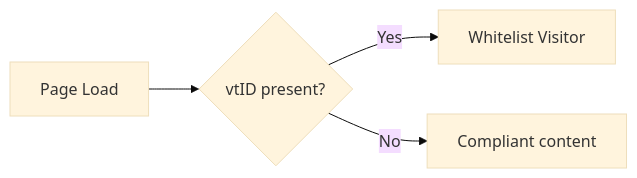
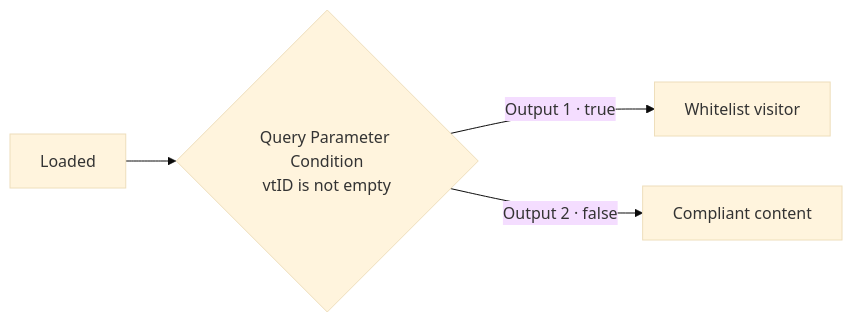
Before and after one commit to elasticfunnels/docs: the diagram in funnels/page-events.mdx, drawn with Mermaid (base theme). The commit also changed other lines of this file and 21 other files, not shown here.

````diff
--- a/funnels/page-events.mdx
+++ b/funnels/page-events.mdx
@@ -211,6 +156,6 @@
 ```mermaid
 flowchart LR
-  A[Page Load] --> B{vtID present?}
-  B -->|Yes| C[Whitelist Visitor]
-  B -->|No| D[Compliant content]
+  A[Loaded] --> B{Query Parameter Condition<br/>vtID is not empty}
+  B -->|Output 1 · true| C[Whitelist visitor]
+  B -->|Output 2 · false| D[Compliant content]
 ```
````
